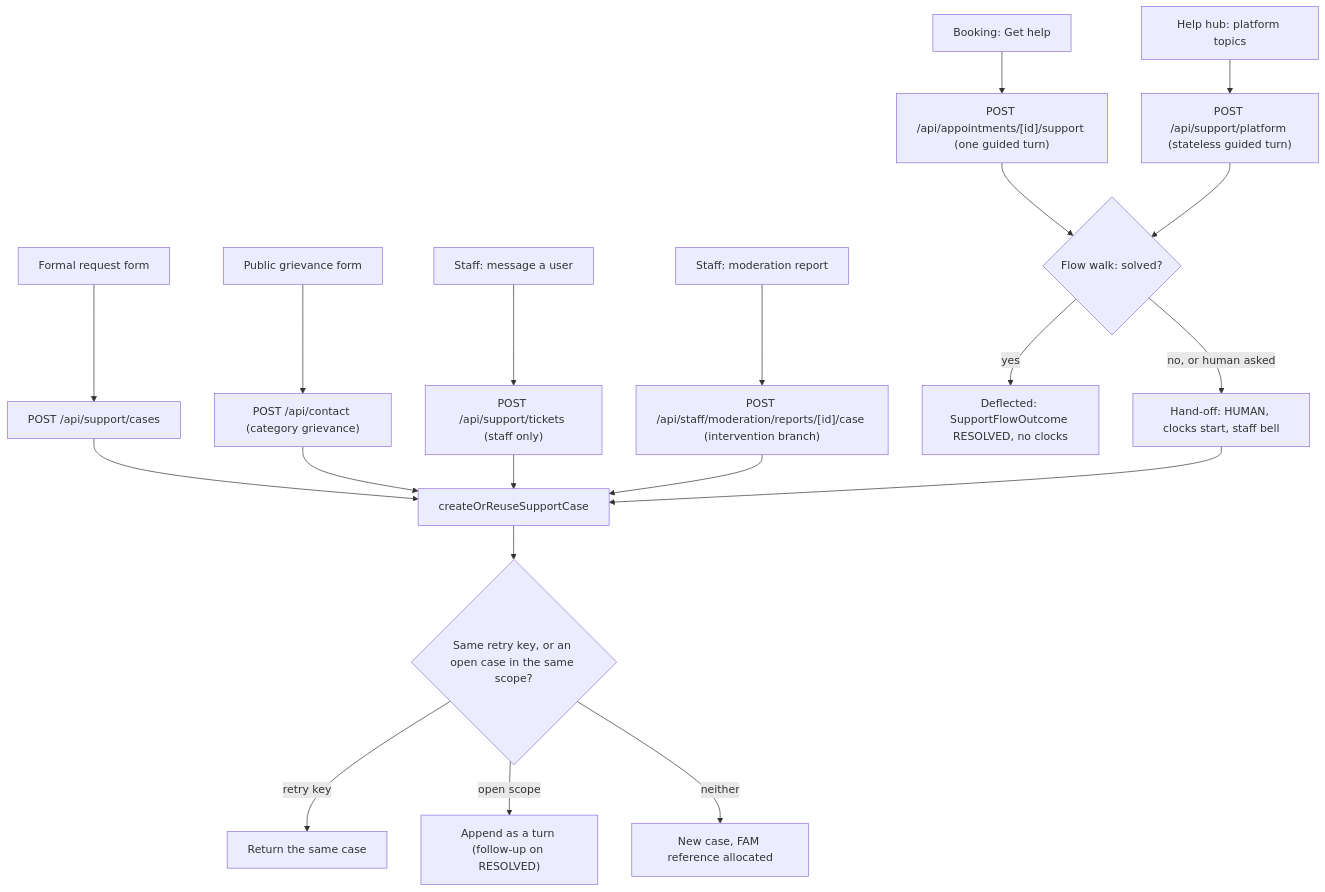
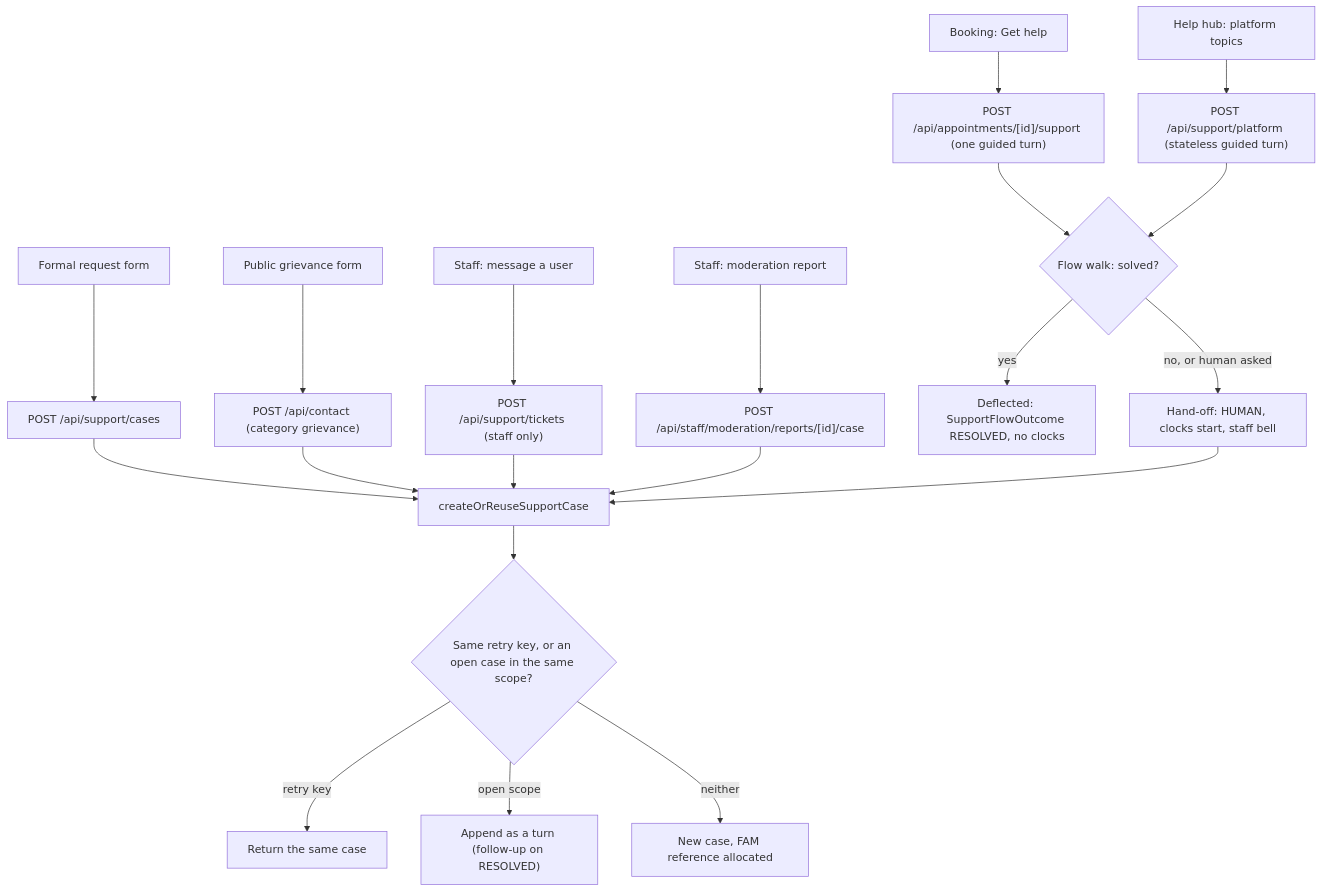
The diagram in docs/support/01-intake-and-flows.md (Practitionist/familiarise_web), drawn with Mermaid before and after one commit. The commit also changed other lines of this file and 13 other files, not shown here.

First line of the commit message:
docs(support): intervention is on dev; drop branch labels

````diff
--- a/docs/support/01-intake-and-flows.md
+++ b/docs/support/01-intake-and-flows.md
@@ -16,22 +16,22 @@
 ```mermaid
 flowchart TD
     A["Booking: Get help"] --> AT["POST /api/appointments/[id]/support (one guided turn)"]
     P["Help hub: platform topics"] --> PT["POST /api/support/platform (stateless guided turn)"]
     F["Formal request form"] --> CF["POST /api/support/cases"]
     G["Public grievance form"] --> GR["POST /api/contact (category grievance)"]
     S["Staff: message a user"] --> ST["POST /api/support/tickets (staff only)"]
-    R["Staff: moderation report"] --> RC["POST /api/staff/moderation/reports/[id]/case (intervention branch)"]
+    R["Staff: moderation report"] --> RC["POST /api/staff/moderation/reports/[id]/case"]
     AT --> W{"Flow walk: solved?"}
     PT --> W
     W -- "yes" --> D["Deflected: SupportFlowOutcome RESOLVED, no clocks"]
     W -- "no, or human asked" --> H["Hand-off: HUMAN, clocks start, staff bell"]
     H --> C["createOrReuseSupportCase"]
     CF --> C
     GR --> C
     ST --> C
     RC --> C
     C --> K{"Same retry key, or an open case in the same scope?"}
     K -- "retry key" --> RE["Return the same case"]
     K -- "open scope" --> AP["Append as a turn (follow-up on RESOLVED)"]
     K -- "neither" --> NW["New case, FAM reference allocated"]
 ```
````
